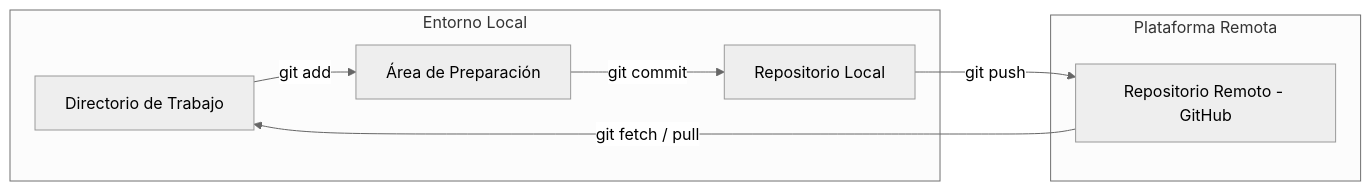
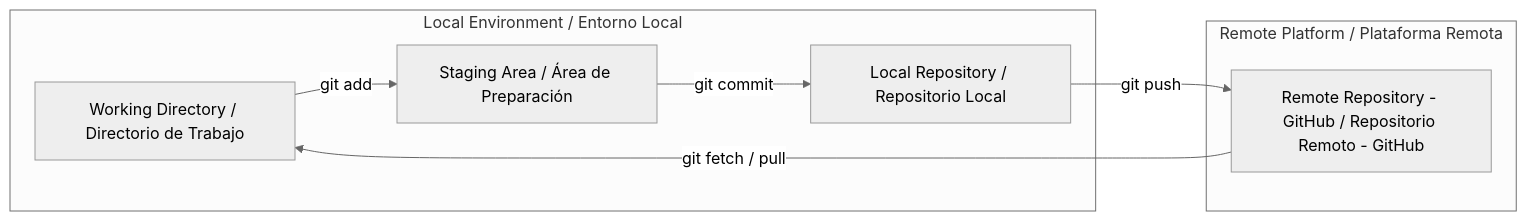
The diagram in 🚀 Git & GitHub/README-ES.md (alanfabzlab/Developer-Knowledge-Base), drawn with Mermaid (neutral theme) before and after one commit. The commit also changed other lines of this file and 9 other files, not shown here.

````diff
--- a/🚀 Git & GitHub/README-ES.md
+++ b/🚀 Git & GitHub/README-ES.md
@@ -27,11 +28,11 @@
 ```mermaid
 flowchart LR
-    subgraph Entorno Local
-        WD[Directorio de Trabajo] -->|git add| SA[Área de Preparación]
-        SA -->|git commit| LR[Repositorio Local]
+    subgraph Local Environment / Entorno Local
+        WD[Working Directory / Directorio de Trabajo] -->|git add| SA[Staging Area / Área de Preparación]
+        SA -->|git commit| LR[Local Repository / Repositorio Local]
     end
-    subgraph Plataforma Remota
-        LR -->|git push| RR[Repositorio Remoto - GitHub]
+    subgraph Remote Platform / Plataforma Remota
+        LR -->|git push| RR[Remote Repository - GitHub / Repositorio Remoto - GitHub]
         RR -->|git fetch / pull| WD
     end
 ```
````
